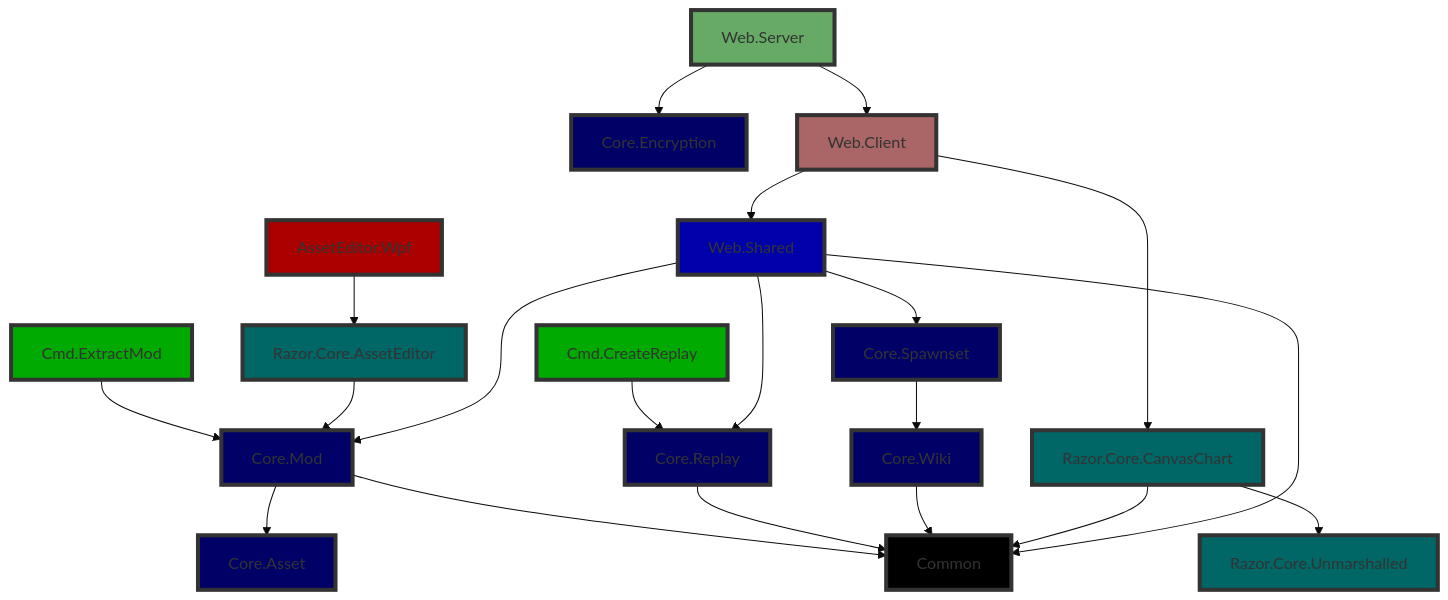
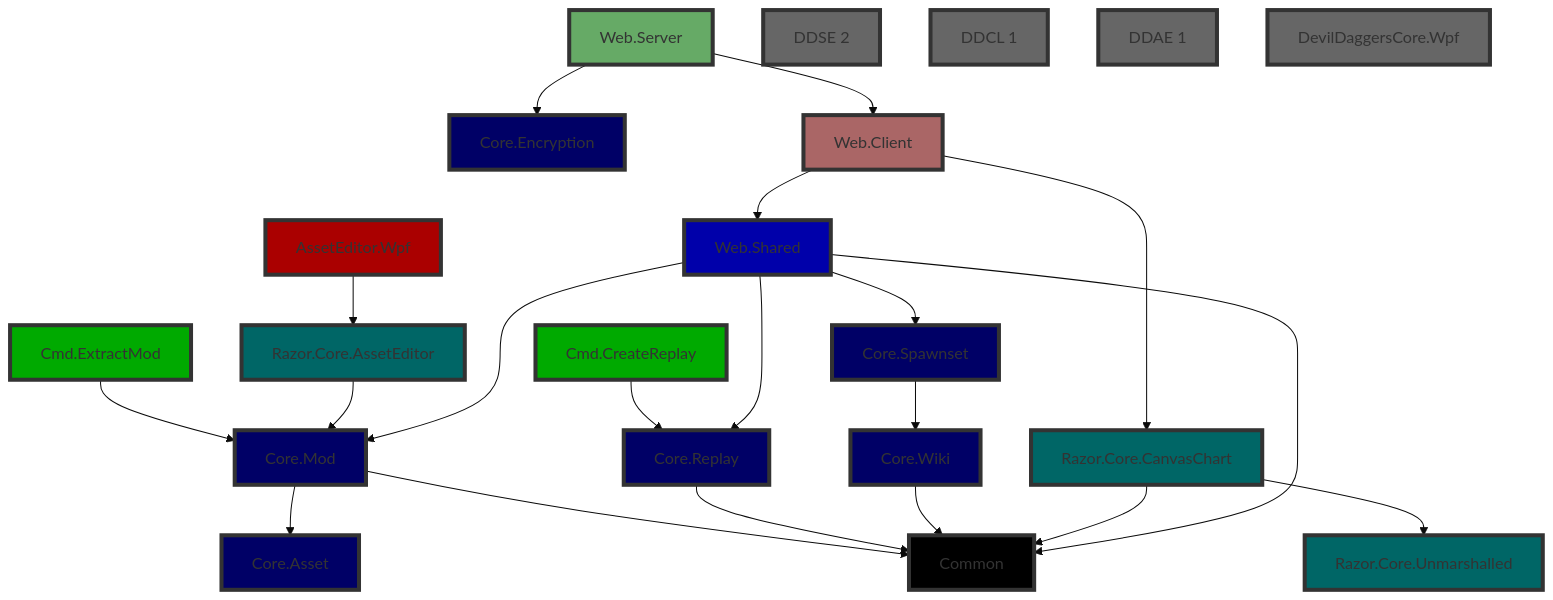
The first of 2 diagrams in docs/architecture.md (NoahStolk/ddinfo-web), drawn with Mermaid (base theme) before and after one commit.

````diff
--- a/docs/architecture.md
+++ b/docs/architecture.md
@@ -20,69 +20,82 @@
 ```mermaid
 flowchart TD;
+
+	%% DevilDaggersInfo
 
     asseteditor_wpf[AssetEditor.Wpf]
     cmd_createreplay[Cmd.CreateReplay]
     cmd_extractmod[Cmd.ExtractMod]
     common[Common]
     core_asset[Core.Asset]
     core_encryption[Core.Encryption]
     core_mod[Core.Mod]
     core_replay[Core.Replay]
     core_spawnset[Core.Spawnset]
     core_wiki[Core.Wiki]
     razor_core_asseteditor[Razor.Core.AssetEditor]
     razor_core_canvaschart[Razor.Core.CanvasChart]
     razor_core_unmarshalled[Razor.Core.Unmarshalled]
     web_client[Web.Client]
     web_server[Web.Server]
     web_shared[Web.Shared]
 	
 	class asseteditor_wpf ui;
 	class cmd_createreplay,cmd_extractmod cmd;
 	class common common;
 	class core_asset,core_encryption,core_mod,core_replay,core_spawnset,core_wiki core;
 	class razor_core_asseteditor,razor_core_canvaschart,razor_core_unmarshalled razor_core;
 	class web_client web_client;
 	class web_server web_server;
 	class web_shared web_shared;
 
     classDef ui fill:#a00,stroke:#333,stroke-width:4px;
     classDef cmd fill:#0a0,stroke:#333,stroke-width:4px;
     classDef common fill:#000,stroke:#333,stroke-width:4px;
     classDef core fill:#006,stroke:#333,stroke-width:4px;
     classDef razor_core fill:#066,stroke:#333,stroke-width:4px;
     classDef web_client fill:#a66,stroke:#333,stroke-width:4px;
     classDef web_server fill:#6a6,stroke:#333,stroke-width:4px;
     classDef web_shared fill:#00a,stroke:#333,stroke-width:4px;
 
 	asseteditor_wpf --> razor_core_asseteditor
 
 	cmd_createreplay --> core_replay
 	
 	cmd_extractmod --> core_mod
 	
 	core_mod --> core_asset
 	core_mod --> common
 	
 	core_replay --> common
 	
 	core_spawnset --> core_wiki
 	
 	core_wiki --> common
 	
 	razor_core_asseteditor --> core_mod
 	
 	razor_core_canvaschart --> razor_core_unmarshalled
 	razor_core_canvaschart --> common
 
 	web_client --> razor_core_canvaschart
 	web_client --> web_shared
 	
 	web_server --> core_encryption
 	web_server --> web_client
 	
 	web_shared --> common
 	web_shared --> core_mod
 	web_shared --> core_replay
 	web_shared --> core_spawnset
+	
+	%% Legacy
+
+	ddse_legacy[DDSE 2]
+	ddcl_legacy[DDCL 1]
+	ddae_legacy[DDAE 1]
+	ddcore_legacy[DevilDaggersCore.Wpf]
+
+	class ddse_legacy,ddcl_legacy,ddae_legacy,ddcore_legacy legacy;
+
+	classDef legacy fill:#666,stroke:#333,stroke-width:4px;
 ```
````
